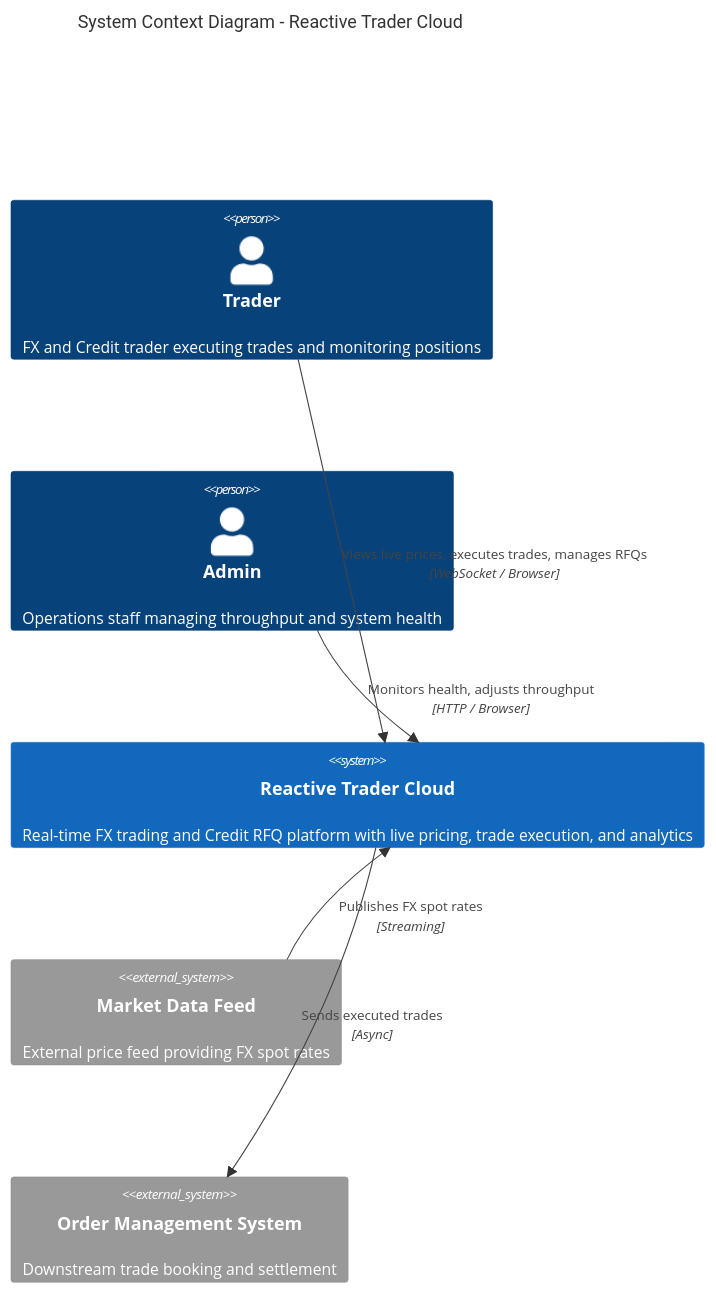
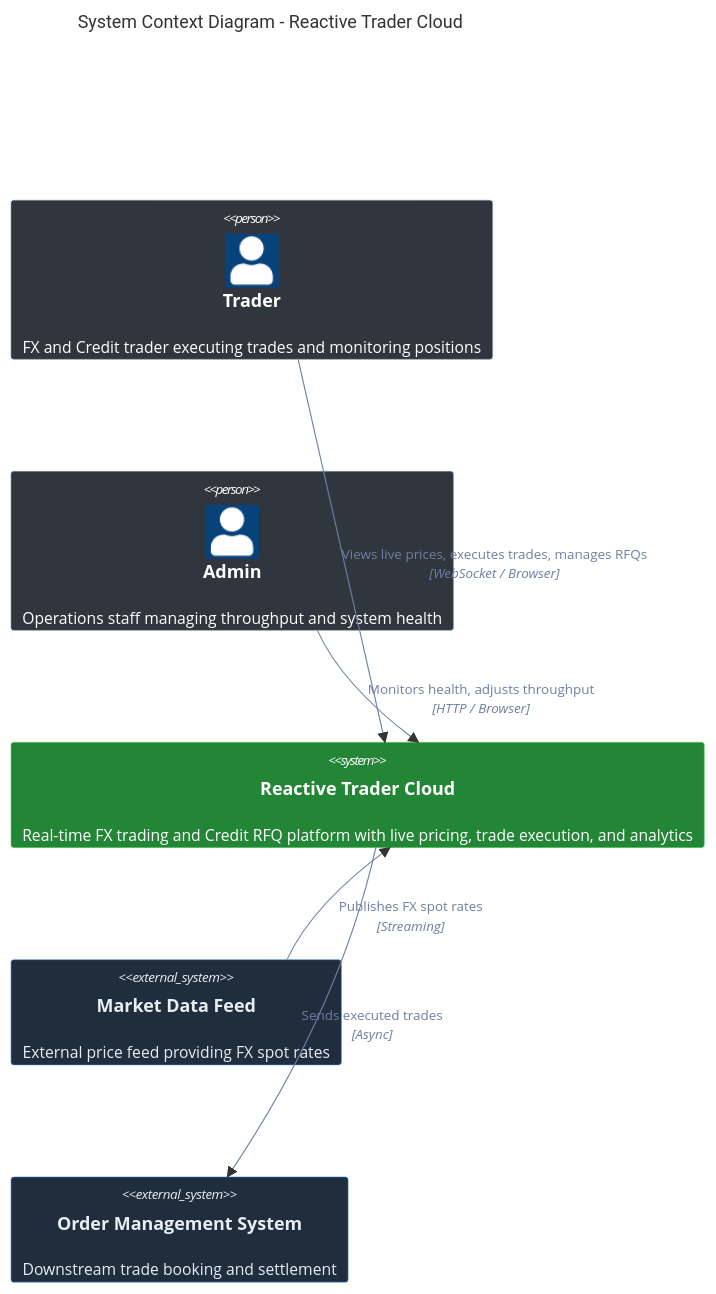
One commit to bettersoftware-io/ReactiveTraderCloudClone changed the second of 33 diagrams in docs/architecture.md. Above: the diagram before and after it, drawn with Mermaid. The commit also changed other lines of this file, not shown here.

First line of the commit message:
docs(architecture): theme-safe §2 diagrams — restyle C4, convert dense ones to flowcharts

````diff
--- a/docs/architecture.md
+++ b/docs/architecture.md
@@ -158,17 +158,27 @@
 ```mermaid
 C4Context
     title System Context Diagram - Reactive Trader Cloud
 
     Person(trader, "Trader", "FX and Credit trader executing trades and monitoring positions")
     Person(admin, "Admin", "Operations staff managing throughput and system health")
 
     System(rtc, "Reactive Trader Cloud", "Real-time FX trading and Credit RFQ platform with live pricing, trade execution, and analytics")
 
     System_Ext(market, "Market Data Feed", "External price feed providing FX spot rates")
     System_Ext(oms, "Order Management System", "Downstream trade booking and settlement")
 
     Rel(trader, rtc, "Views live prices, executes trades, manages RFQs", "WebSocket / Browser")
     Rel(admin, rtc, "Monitors health, adjusts throughput", "HTTP / Browser")
     Rel(market, rtc, "Publishes FX spot rates", "Streaming")
     Rel(rtc, oms, "Sends executed trades", "Async")
+
+    UpdateElementStyle(trader, $bgColor="#30363d", $fontColor="#ffffff", $borderColor="#8b949e")
+    UpdateElementStyle(admin, $bgColor="#30363d", $fontColor="#ffffff", $borderColor="#8b949e")
+    UpdateElementStyle(rtc, $bgColor="#238636", $fontColor="#ffffff", $borderColor="#56d364")
+    UpdateElementStyle(market, $bgColor="#1f2d3d", $fontColor="#e6edf3", $borderColor="#4493f8")
+    UpdateElementStyle(oms, $bgColor="#1f2d3d", $fontColor="#e6edf3", $borderColor="#4493f8")
+    UpdateRelStyle(trader, rtc, $textColor="#6e7fa3", $lineColor="#6e7fa3")
+    UpdateRelStyle(admin, rtc, $textColor="#6e7fa3", $lineColor="#6e7fa3")
+    UpdateRelStyle(market, rtc, $textColor="#6e7fa3", $lineColor="#6e7fa3")
+    UpdateRelStyle(rtc, oms, $textColor="#6e7fa3", $lineColor="#6e7fa3")
 ```
````
